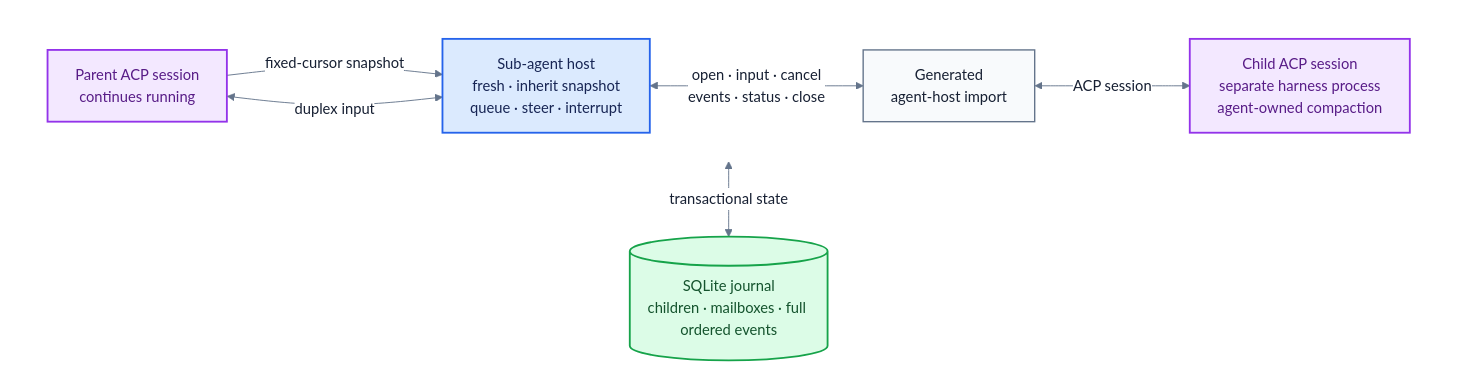
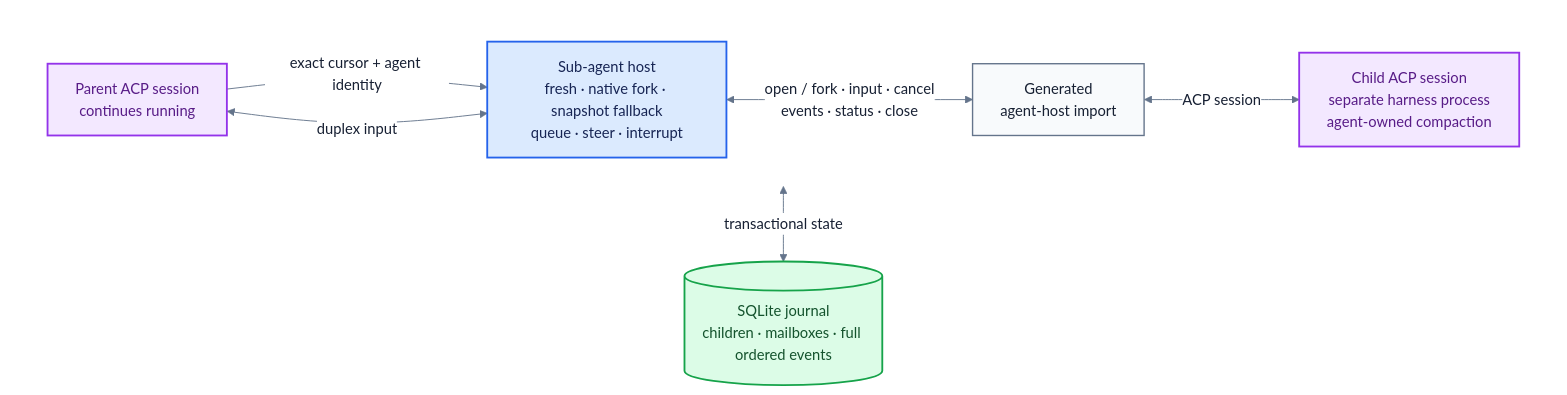
Before and after one commit to fontanierh/crab: the diagram in v2/docs/sub-agent-host-flow.mmd, drawn with Mermaid. The commit also changed 26 other files, not shown here.

```diff
--- a/v2/docs/sub-agent-host-flow.mmd
+++ b/v2/docs/sub-agent-host-flow.mmd
@@ -1,27 +1,27 @@
 %%{init: {"theme": "base", "themeVariables": {"fontFamily": "ui-sans-serif, system-ui, sans-serif", "primaryTextColor": "#172033", "lineColor": "#64748b", "edgeLabelBackground": "#ffffff"}, "flowchart": {"curve": "basis", "nodeSpacing": 42, "rankSpacing": 58}}}%%
 flowchart TB
     subgraph LIVE[" "]
         direction LR
         PARENT["Parent ACP session<br/>continues running"]
-        HOST["Sub-agent host<br/>fresh · inherit snapshot<br/>queue · steer · interrupt"]
+        HOST["Sub-agent host<br/>fresh · native fork · snapshot fallback<br/>queue · steer · interrupt"]
         IMPORT["Generated<br/>agent-host import"]
         CHILD["Child ACP session<br/>separate harness process<br/>agent-owned compaction"]
 
-        PARENT -->|"fixed-cursor snapshot"| HOST
+        PARENT -->|"exact cursor + agent identity"| HOST
         PARENT <-->|"duplex input"| HOST
-        HOST <-->|"open · input · cancel<br/>events · status · close"| IMPORT
+        HOST <-->|"open / fork · input · cancel<br/>events · status · close"| IMPORT
         IMPORT <-->|"ACP session"| CHILD
     end
     DB[("SQLite journal<br/>children · mailboxes · full ordered events")]
     HOST <-->|"transactional state"| DB
 
     classDef session fill:#f3e8ff,stroke:#9333ea,stroke-width:2px,color:#581c87;
     classDef runtime fill:#dbeafe,stroke:#2563eb,stroke-width:2px,color:#172554;
     classDef durable fill:#dcfce7,stroke:#16a34a,stroke-width:2px,color:#14532d;
     classDef boundary fill:#f8fafc,stroke:#64748b,stroke-width:1.5px,color:#172033;
 
     class PARENT,CHILD session;
     class HOST runtime;
     class DB durable;
     class IMPORT boundary;
     style LIVE fill:none,stroke:none;
```
